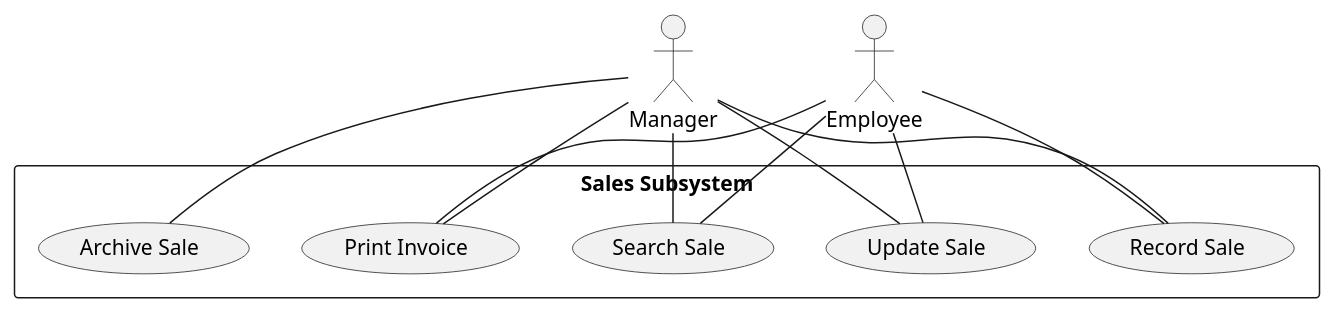
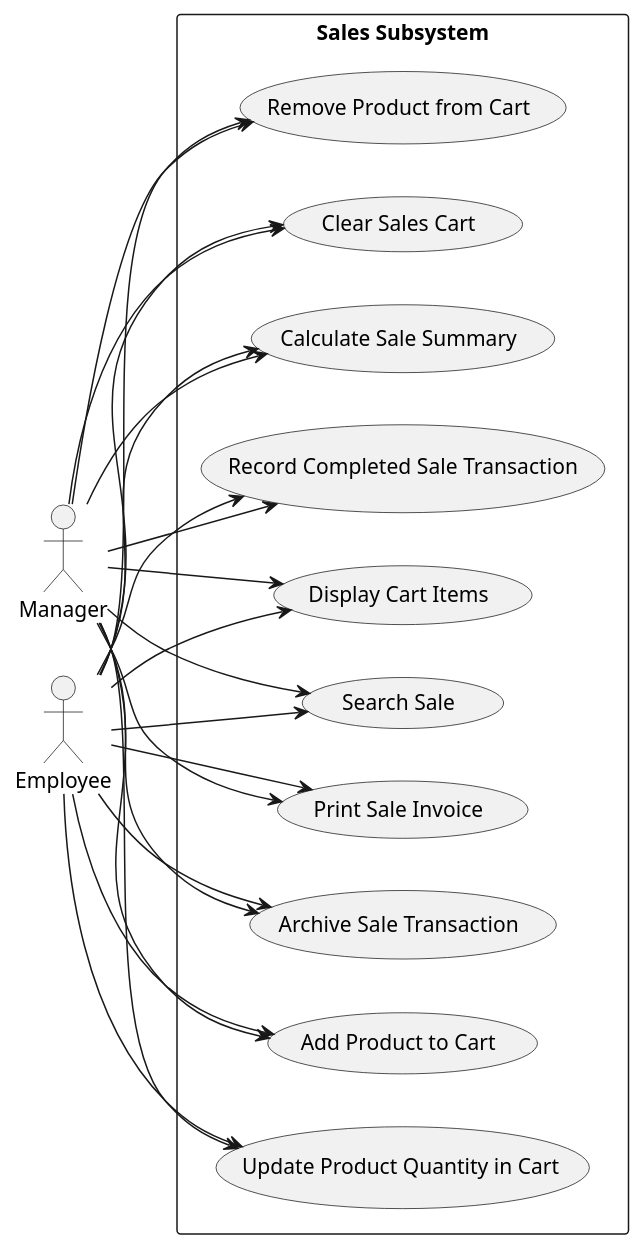
One commit to Hussain560/GroceryMate-Backend changed the diagram in docs/analysis/use_cases/sales_use_cases.puml. Above: the diagram before and after it, drawn with PlantUML. The commit also changed other lines of this file, not shown here.

Commit message:
Update Use cases

```diff
--- a/docs/analysis/use_cases/sales_use_cases.puml
+++ b/docs/analysis/use_cases/sales_use_cases.puml
@@ -2,18 +1,40 @@
 @startuml Sales Use Cases
+left to right direction
 
 actor Manager
 actor Employee
 
 rectangle "Sales Subsystem" {
-  Manager -- (Record Sale)
-  Employee -- (Record Sale)
-  Manager -- (Update Sale)
-  Employee -- (Update Sale)
-  Manager -- (Search Sale)
-  Employee -- (Search Sale)
-  Manager -- (Print Invoice)
-  Employee -- (Print Invoice)
-  Manager -- (Archive Sale)
+  (Add Product to Cart)
+  (Update Product Quantity in Cart)
+  (Remove Product from Cart)
+  (Clear Sales Cart)
+  (Calculate Sale Summary)
+  (Record Completed Sale Transaction)
+  (Display Cart Items)
+  (Search Sale)
+  (Print Sale Invoice)
+  (Archive Sale Transaction)
 }
 
+Manager --> (Add Product to Cart)
+Employee --> (Add Product to Cart)
+Manager --> (Update Product Quantity in Cart)
+Employee --> (Update Product Quantity in Cart)
+Manager --> (Remove Product from Cart)
+Employee --> (Remove Product from Cart)
+Manager --> (Clear Sales Cart)
+Employee --> (Clear Sales Cart)
+Manager --> (Calculate Sale Summary)
+Employee --> (Calculate Sale Summary)
+Manager --> (Record Completed Sale Transaction)
+Employee --> (Record Completed Sale Transaction)
+Manager --> (Display Cart Items)
+Employee --> (Display Cart Items)
+Manager --> (Search Sale)
+Employee --> (Search Sale)
+Manager --> (Print Sale Invoice)
+Employee --> (Print Sale Invoice)
+Manager --> (Archive Sale Transaction)
+Employee --> (Archive Sale Transaction)
 @enduml
```
